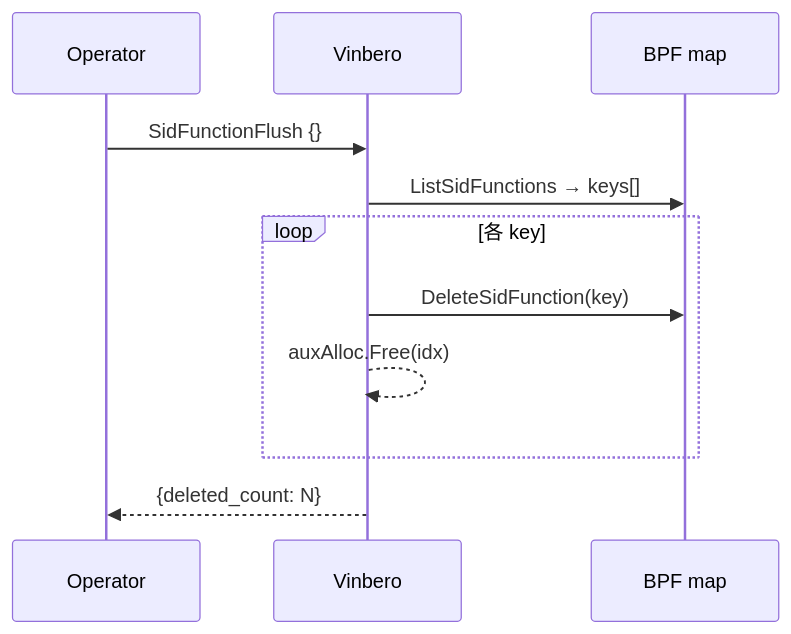
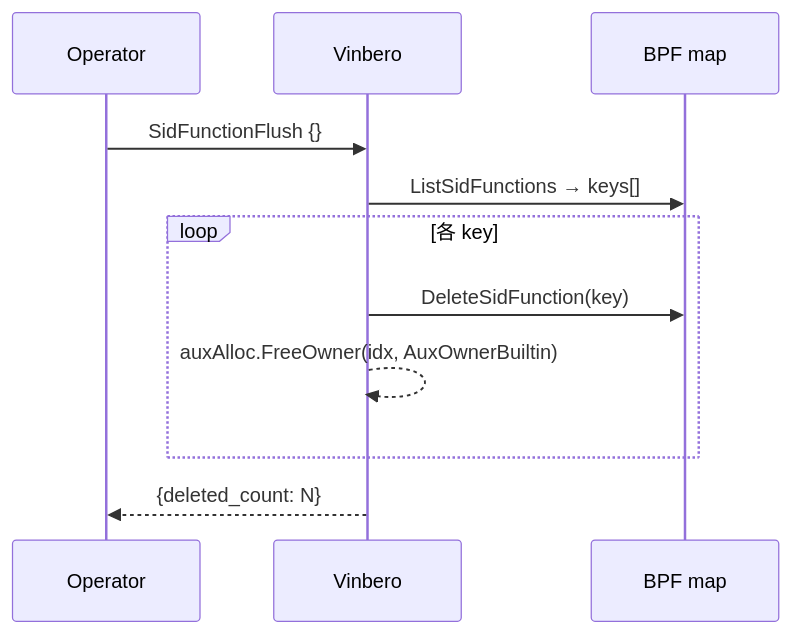
Before and after one commit to takehaya/Vinbero: diagram 18 of 19 in docs/design/ja/api_sequence.md, drawn with Mermaid. The commit also changed 13 other files, not shown here.

````diff
--- a/docs/design/ja/api_sequence.md
+++ b/docs/design/ja/api_sequence.md
@@ -591,14 +591,14 @@
 ```mermaid
 sequenceDiagram
     participant Op as Operator
     participant V as Vinbero
     participant BPF as BPF map
 
     Op->>V: SidFunctionFlush {}
     V->>BPF: ListSidFunctions → keys[]
     loop 各 key
         V->>BPF: DeleteSidFunction(key)
-        V-->>V: auxAlloc.Free(idx)
+        V-->>V: auxAlloc.FreeOwner(idx, AuxOwnerBuiltin)
     end
     V-->>Op: {deleted_count: N}
 ```
````
